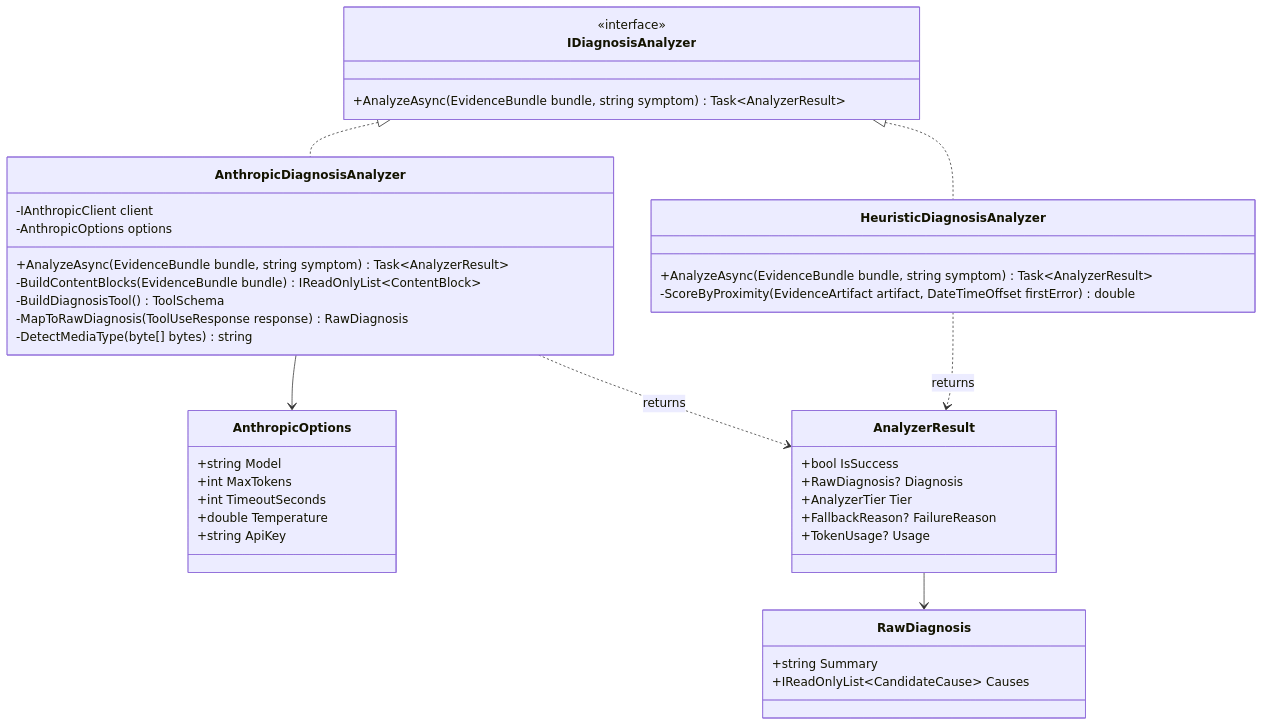
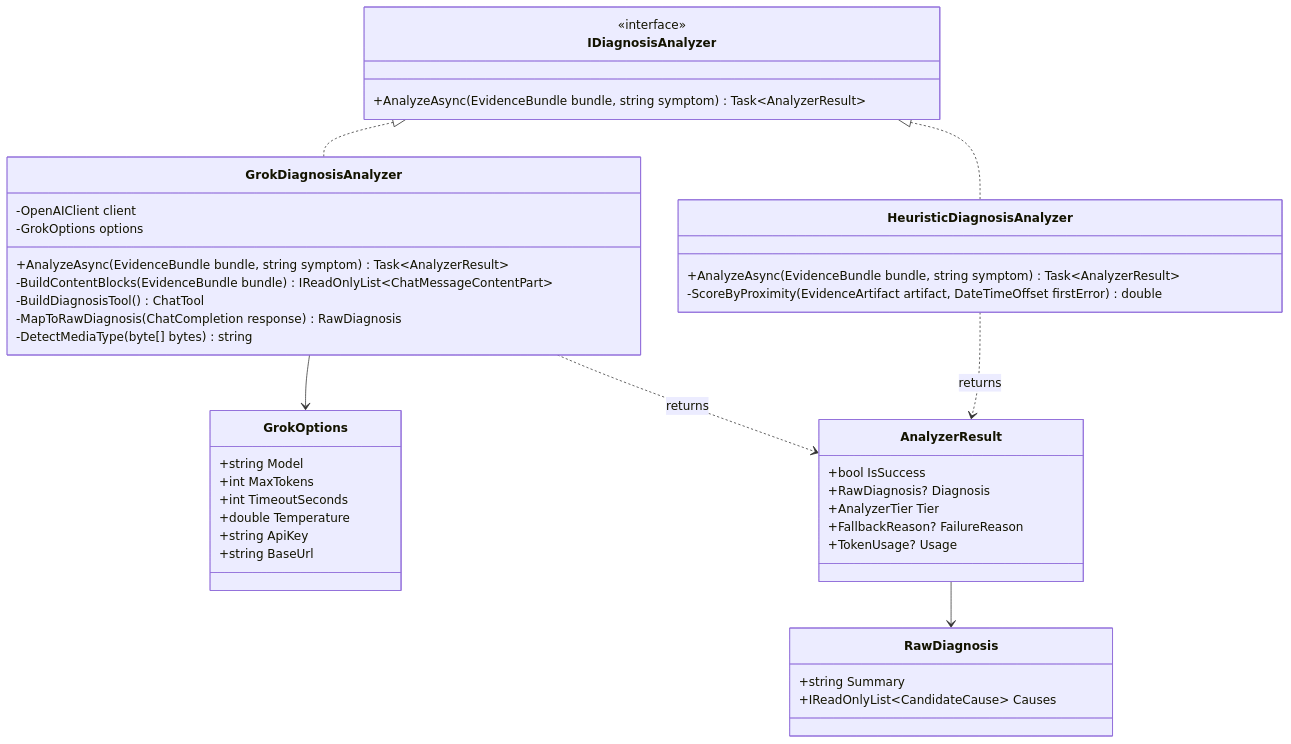
One commit to IsaacSimms/Vigil changed the fourth of 9 diagrams in Docs/Vigil-Architecture-Diagrams-Mermaid.md. Above: the diagram before and after it, drawn with Mermaid. The commit also changed other lines of this file and 2 other files, not shown here.

Commit message:
Update documentation to replace references from Anthropic to OpenAI and Grok adapter

````diff
--- a/Docs/Vigil-Architecture-Diagrams-Mermaid.md
+++ b/Docs/Vigil-Architecture-Diagrams-Mermaid.md
@@ -187,45 +187,46 @@
 ```mermaid
 classDiagram
     class IDiagnosisAnalyzer {
         <<interface>>
         +AnalyzeAsync(EvidenceBundle bundle, string symptom) Task~AnalyzerResult~
     }
-    class AnthropicDiagnosisAnalyzer {
-        -IAnthropicClient client
-        -AnthropicOptions options
+    class GrokDiagnosisAnalyzer {
+        -OpenAIClient client
+        -GrokOptions options
         +AnalyzeAsync(EvidenceBundle bundle, string symptom) Task~AnalyzerResult~
-        -BuildContentBlocks(EvidenceBundle bundle) IReadOnlyList~ContentBlock~
-        -BuildDiagnosisTool() ToolSchema
-        -MapToRawDiagnosis(ToolUseResponse response) RawDiagnosis
+        -BuildContentBlocks(EvidenceBundle bundle) IReadOnlyList~ChatMessageContentPart~
+        -BuildDiagnosisTool() ChatTool
+        -MapToRawDiagnosis(ChatCompletion response) RawDiagnosis
         -DetectMediaType(byte[] bytes) string
     }
     class HeuristicDiagnosisAnalyzer {
         +AnalyzeAsync(EvidenceBundle bundle, string symptom) Task~AnalyzerResult~
         -ScoreByProximity(EvidenceArtifact artifact, DateTimeOffset firstError) double
     }
-    class AnthropicOptions {
+    class GrokOptions {
         +string Model
         +int MaxTokens
         +int TimeoutSeconds
         +double Temperature
         +string ApiKey
+        +string BaseUrl
     }
     class AnalyzerResult {
         +bool IsSuccess
         +RawDiagnosis? Diagnosis
         +AnalyzerTier Tier
         +FallbackReason? FailureReason
         +TokenUsage? Usage
     }
     class RawDiagnosis {
         +string Summary
         +IReadOnlyList~CandidateCause~ Causes
     }
 
-    IDiagnosisAnalyzer <|.. AnthropicDiagnosisAnalyzer
+    IDiagnosisAnalyzer <|.. GrokDiagnosisAnalyzer
     IDiagnosisAnalyzer <|.. HeuristicDiagnosisAnalyzer
-    AnthropicDiagnosisAnalyzer --> AnthropicOptions
-    AnthropicDiagnosisAnalyzer ..> AnalyzerResult : returns
+    GrokDiagnosisAnalyzer --> GrokOptions
+    GrokDiagnosisAnalyzer ..> AnalyzerResult : returns
     HeuristicDiagnosisAnalyzer ..> AnalyzerResult : returns
     AnalyzerResult --> RawDiagnosis
 ```
````
